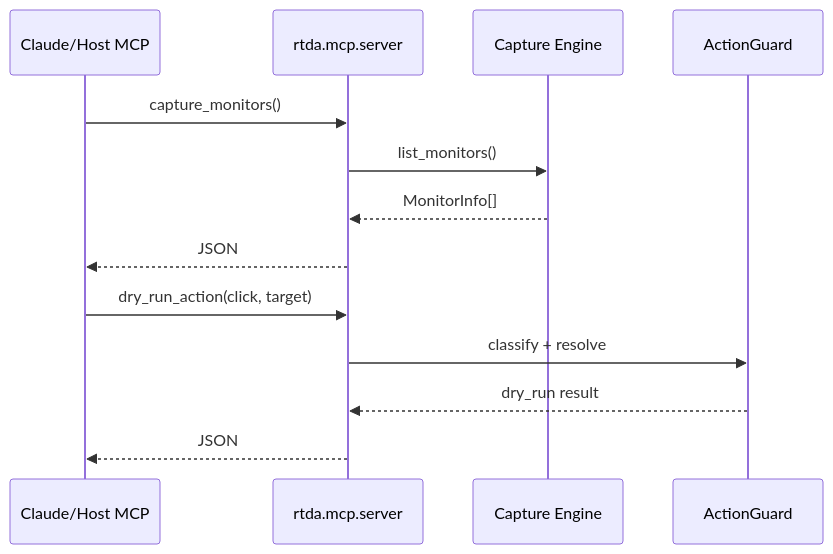
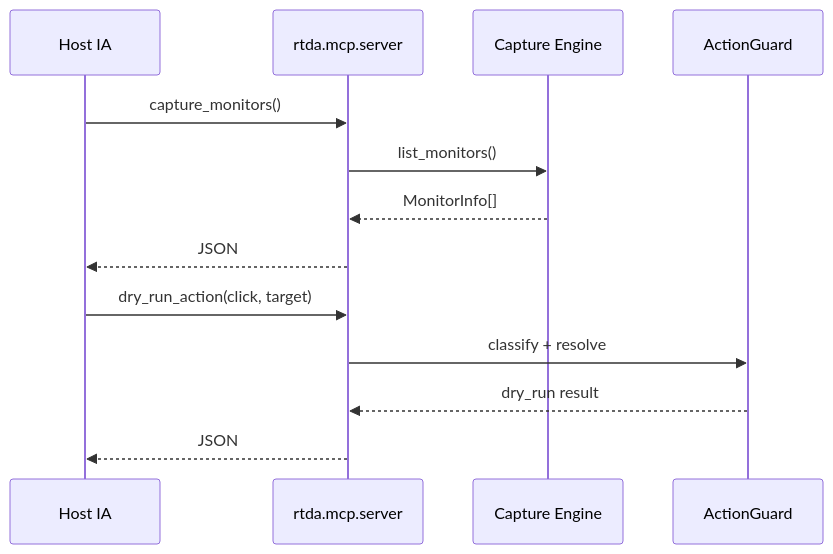
The third of 3 diagrams in docs/architecture.md (Adan0423/real-time-desktop-agent), drawn with Mermaid before and after one commit. The commit also changed other lines of this file and 8 other files, not shown here.

````diff
--- a/docs/architecture.md
+++ b/docs/architecture.md
@@ -77,15 +102,15 @@
 ```mermaid
 sequenceDiagram
-    participant Host as Claude/Host MCP
+    participant Host as Host IA
     participant MCP as rtda.mcp.server
     participant Capture as Capture Engine
     participant Safety as ActionGuard
     Host->>MCP: capture_monitors()
     MCP->>Capture: list_monitors()
     Capture-->>MCP: MonitorInfo[]
     MCP-->>Host: JSON
     Host->>MCP: dry_run_action(click, target)
     MCP->>Safety: classify + resolve
     Safety-->>MCP: dry_run result
     MCP-->>Host: JSON
 ```
````
